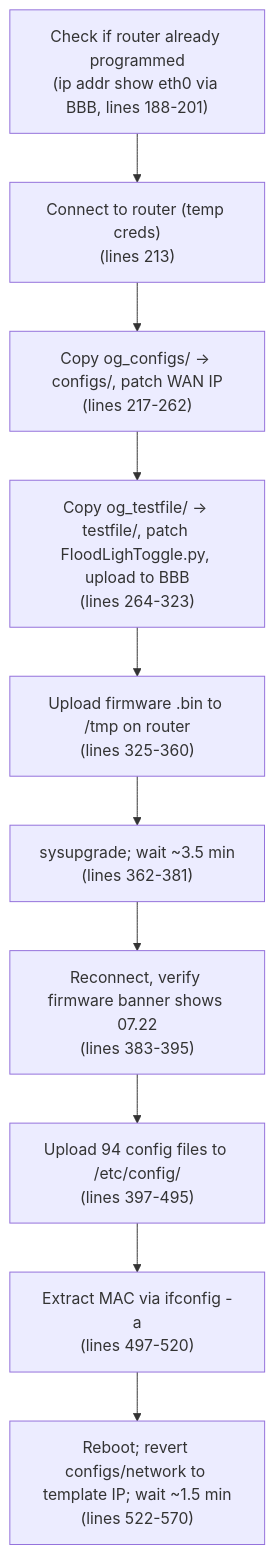
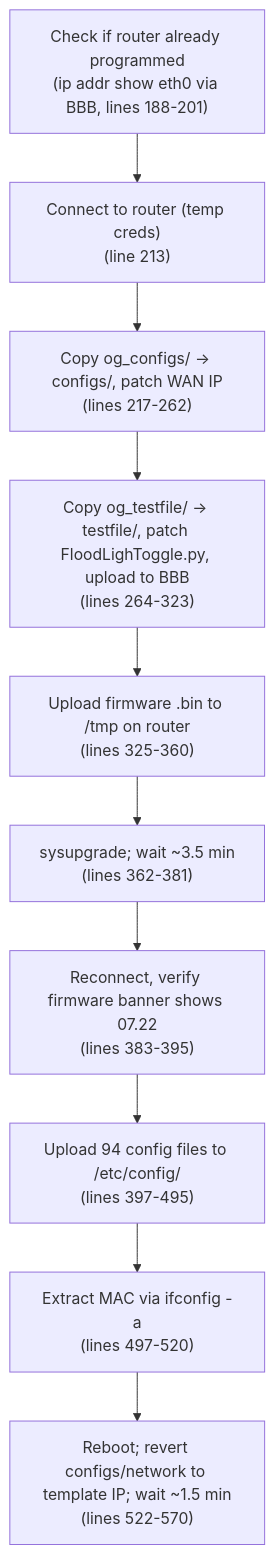
One commit to nlehnhof/ProgrammingWorkstation changed the second of 4 diagrams in devices/TR/documentation/WORKFLOW.md. Above: the diagram before and after it, drawn with Mermaid. The commit also changed other lines of this file and 14 other files, not shown here.

````diff
--- a/devices/TR/documentation/WORKFLOW.md
+++ b/devices/TR/documentation/WORKFLOW.md
@@ -34,13 +46,13 @@
 ```mermaid
 flowchart TD
     S0["Check if router already programmed\n(ip addr show eth0 via BBB, lines 188-201)"] --> S1
-    S1["Connect to router (temp creds)\n(lines 213)"] --> S2
+    S1["Connect to router (temp creds)\n(line 213)"] --> S2
     S2["Copy og_configs/ -> configs/, patch WAN IP\n(lines 217-262)"] --> S3
     S3["Copy og_testfile/ -> testfile/, patch FloodLighToggle.py, upload to BBB\n(lines 264-323)"] --> S4
     S4["Upload firmware .bin to /tmp on router\n(lines 325-360)"] --> S5
     S5["sysupgrade; wait ~3.5 min\n(lines 362-381)"] --> S6
     S6["Reconnect, verify firmware banner shows 07.22\n(lines 383-395)"] --> S7
     S7["Upload 94 config files to /etc/config/\n(lines 397-495)"] --> S8
     S8["Extract MAC via ifconfig -a\n(lines 497-520)"] --> S9
     S9["Reboot; revert configs/network to template IP; wait ~1.5 min\n(lines 522-570)"]
 ```
````
